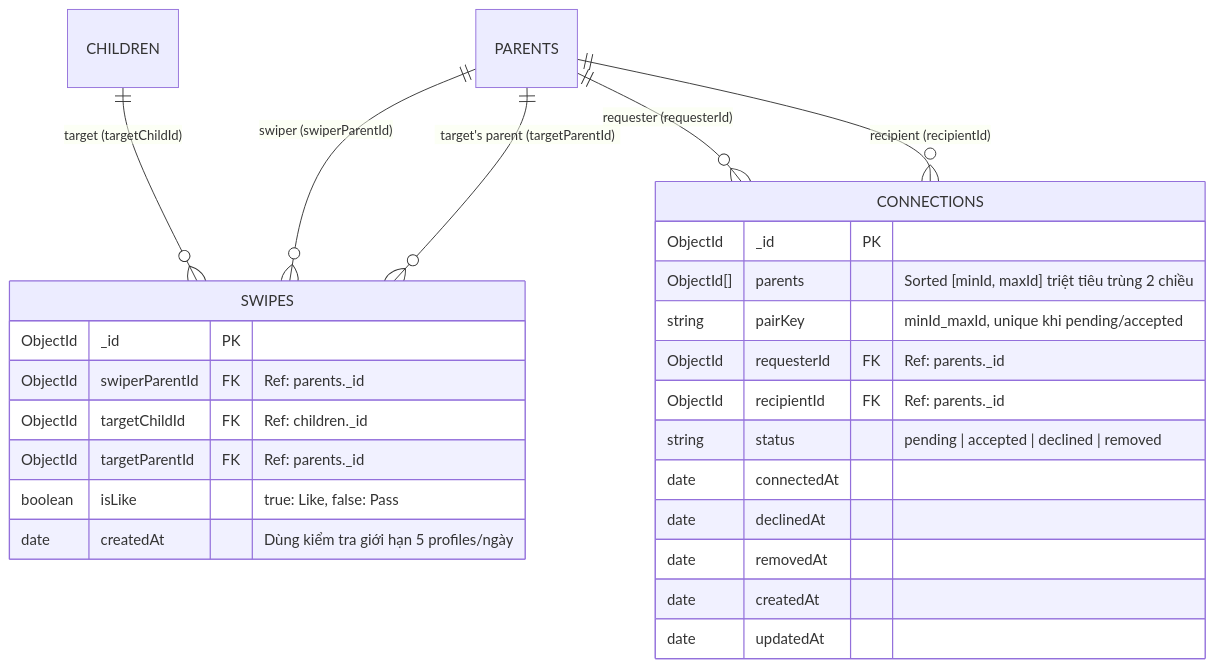
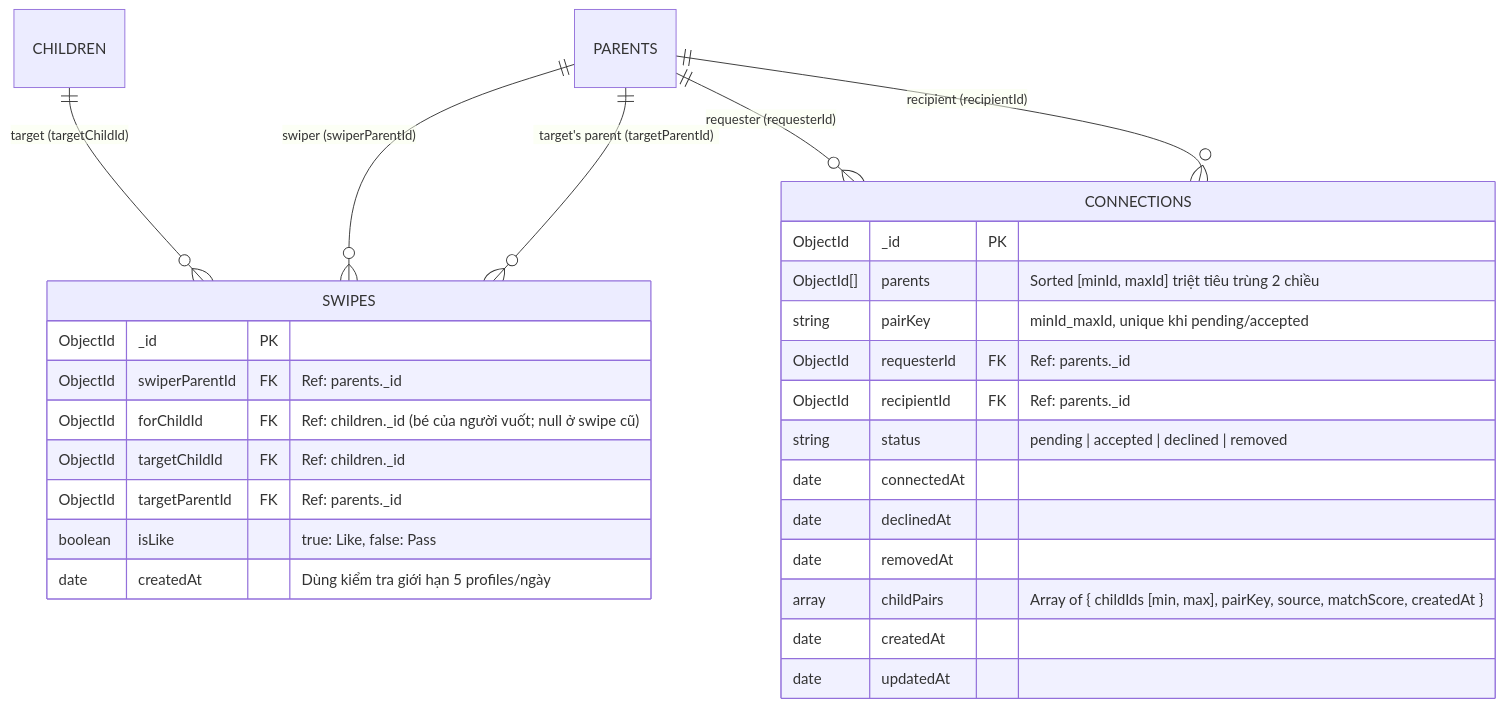
Before and after one commit to BuddyLink-Team/Back-End: the third of 8 diagrams in docs/DATABASE_SCHEMA.md, drawn with Mermaid. The commit also changed other lines of this file and 53 other files, not shown here.

````diff
--- a/docs/DATABASE_SCHEMA.md
+++ b/docs/DATABASE_SCHEMA.md
@@ -199,31 +200,33 @@
 ```mermaid
 erDiagram
     PARENTS ||--o{ SWIPES : "swiper (swiperParentId)"
     CHILDREN ||--o{ SWIPES : "target (targetChildId)"
     PARENTS ||--o{ SWIPES : "target's parent (targetParentId)"
     PARENTS ||--o{ CONNECTIONS : "requester (requesterId)"
     PARENTS ||--o{ CONNECTIONS : "recipient (recipientId)"
 
     SWIPES {
         ObjectId _id PK
         ObjectId swiperParentId FK "Ref: parents._id"
+        ObjectId forChildId FK "Ref: children._id (bé của người vuốt; null ở swipe cũ)"
         ObjectId targetChildId FK "Ref: children._id"
         ObjectId targetParentId FK "Ref: parents._id"
         boolean isLike "true: Like, false: Pass"
         date createdAt "Dùng kiểm tra giới hạn 5 profiles/ngày"
     }
 
     CONNECTIONS {
         ObjectId _id PK
         ObjectId[] parents "Sorted [minId, maxId] triệt tiêu trùng 2 chiều"
         string pairKey "minId_maxId, unique khi pending/accepted"
         ObjectId requesterId FK "Ref: parents._id"
         ObjectId recipientId FK "Ref: parents._id"
         string status "pending | accepted | declined | removed"
         date connectedAt
         date declinedAt
         date removedAt
+        array childPairs "Array of { childIds [min, max], pairKey, source, matchScore, createdAt }"
         date createdAt
         date updatedAt
     }
 ```
````
